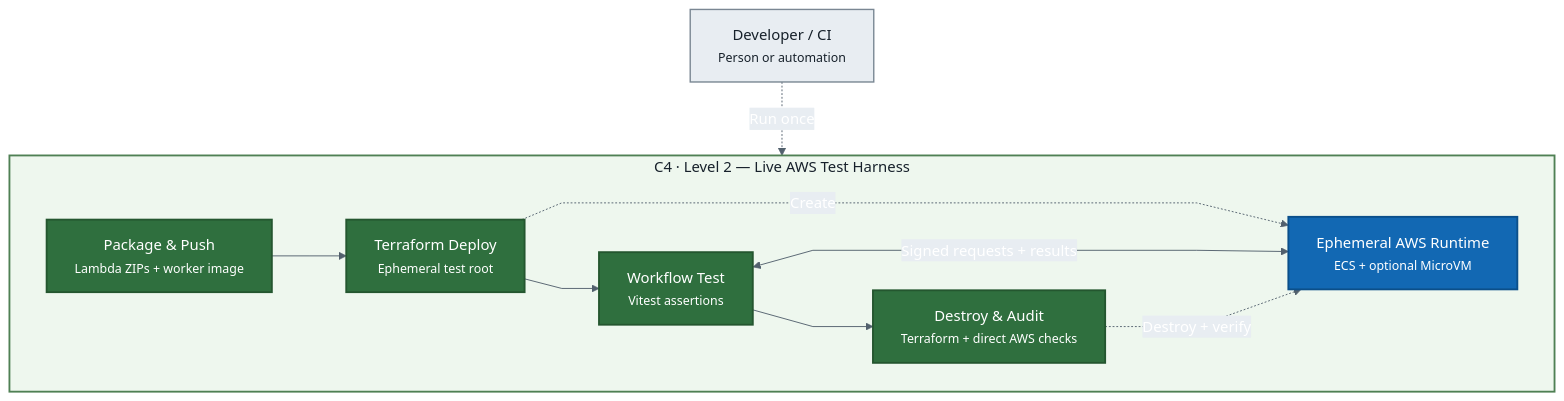
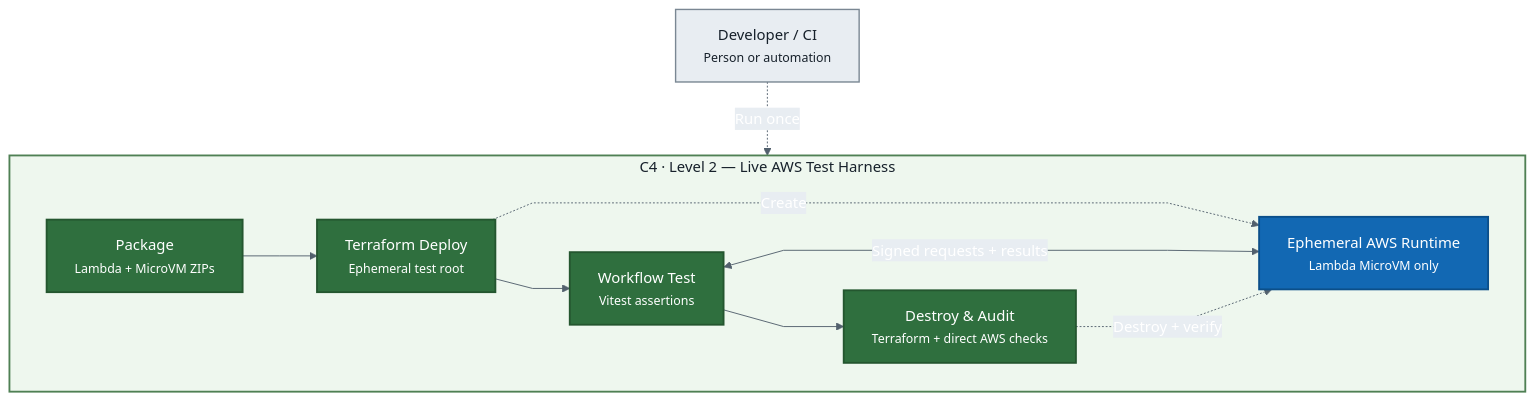
One commit to gpazo/Rat-Things changed the diagram in docs/c4-live-aws-test-harness-containers.mmd. Above: the diagram before and after it, drawn with Mermaid. The commit also changed 126 other files, not shown here.

Commit message:
feat: launch Rat Things Lambda MicroVM runtime

```diff
--- a/docs/c4-live-aws-test-harness-containers.mmd
+++ b/docs/c4-live-aws-test-harness-containers.mmd
@@ -1,29 +1,29 @@
 %%{init: {"theme":"base","themeVariables":{"fontFamily":"Arial, sans-serif","primaryColor":"#2f6f3e","primaryTextColor":"#ffffff","primaryBorderColor":"#24562f","lineColor":"#52606d","secondaryColor":"#e8edf2","tertiaryColor":"#eef7ee","background":"#ffffff"},"themeCSS":".nodeLabel,.edgeLabel,.cluster-label{font-family:Arial,sans-serif!important}.edgeLabel p{color:#344250!important;background:#ffffff!important}","flowchart":{"curve":"linear","nodeSpacing":42,"rankSpacing":55}}}%%
 flowchart TB
     operator["Developer / CI<br/><small>Person or automation</small>"]
 
     subgraph harness["C4 · Level 2 — Live AWS Test Harness"]
         direction LR
-        package["Package & Push<br/><small>Lambda ZIPs + worker image</small>"]
+        package["Package<br/><small>Lambda + MicroVM ZIPs</small>"]
         deploy["Terraform Deploy<br/><small>Ephemeral test root</small>"]
         exercise["Workflow Test<br/><small>Vitest assertions</small>"]
         cleanup["Destroy & Audit<br/><small>Terraform + direct AWS checks</small>"]
-        aws["Ephemeral AWS Runtime<br/><small>ECS + optional MicroVM</small>"]
+        aws["Ephemeral AWS Runtime<br/><small>Lambda MicroVM only</small>"]
 
         package --> deploy
         deploy --> exercise
         exercise --> cleanup
         deploy -.->|Create| aws
         exercise <-->|Signed requests + results| aws
         cleanup -.->|Destroy + verify| aws
     end
 
     operator -.->|Run once| package
 
     classDef test fill:#2f6f3e,color:#ffffff,stroke:#24562f,stroke-width:2px;
     classDef runtime fill:#1268b3,color:#ffffff,stroke:#0b4f8a,stroke-width:2px;
     classDef external fill:#e8edf2,color:#17212b,stroke:#7a8793,stroke-width:1.5px;
     class package,deploy,exercise,cleanup test;
     class aws runtime;
     class operator external;
     style harness fill:#eef7ee,stroke:#4f8054,stroke-width:2px,color:#17212b;
```
